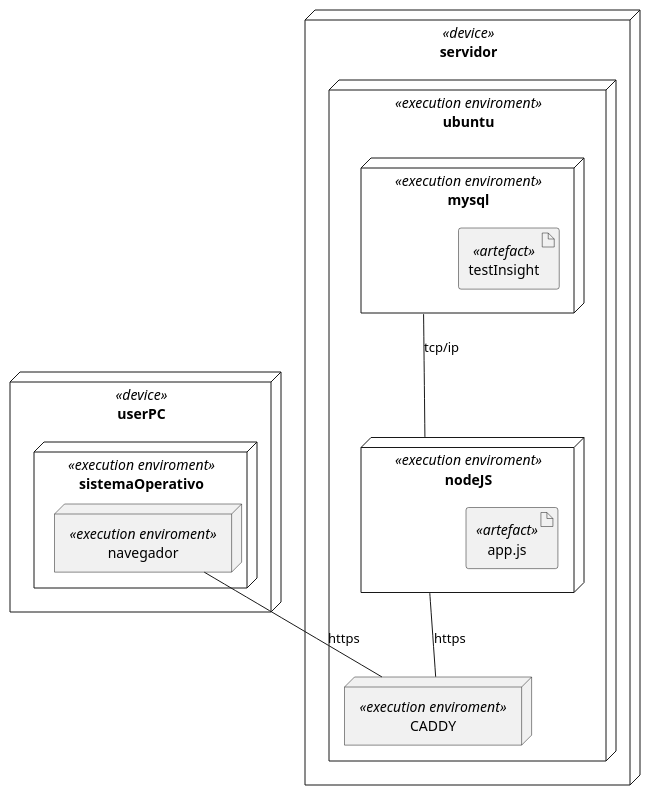
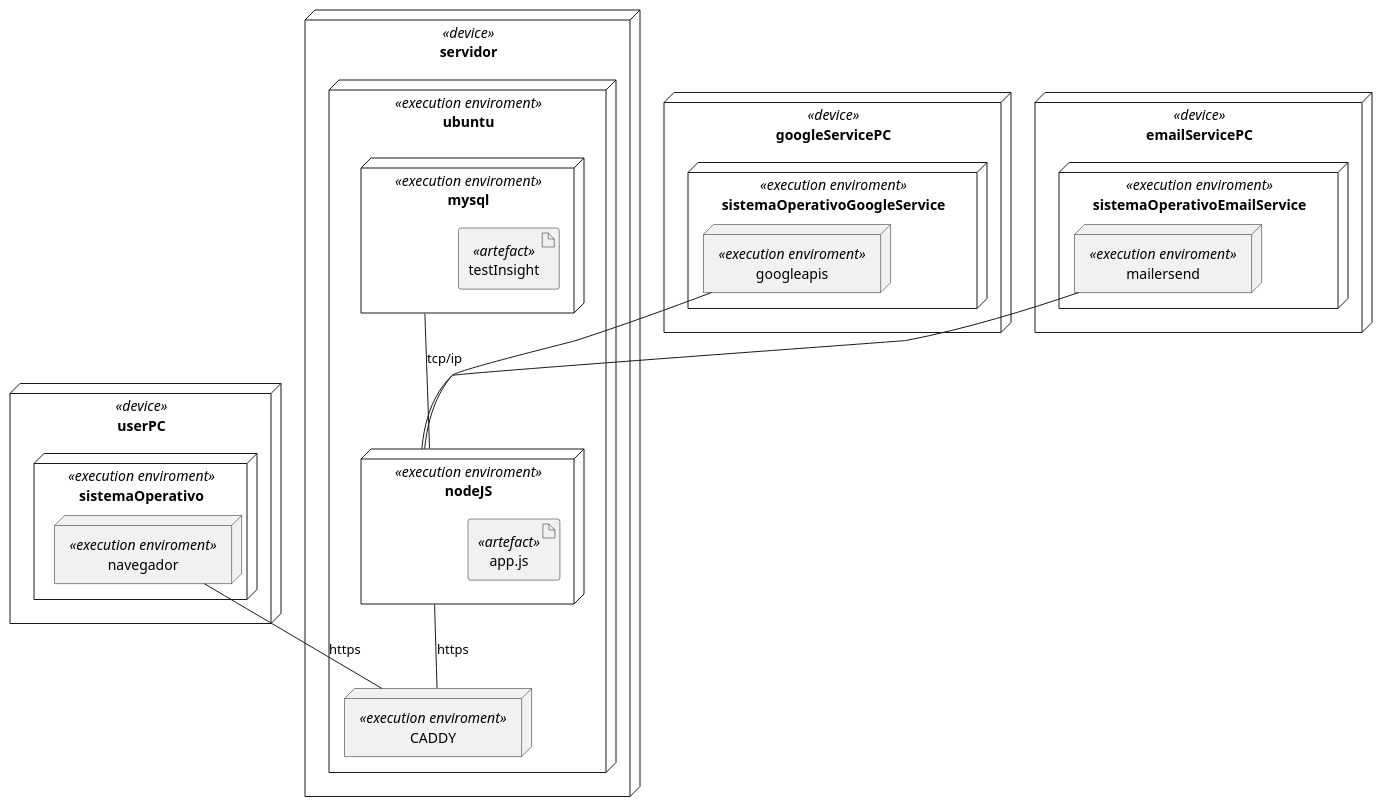
Before and after one commit to nicoleum17/TestInsightDX: the diagram in uml/despliegue.puml, drawn with PlantUML.

Commit message:
fix(diag despliegue): apis conections added

```diff
--- a/uml/despliegue.puml
+++ b/uml/despliegue.puml
@@ -1,27 +1,47 @@
 @startuml Diagrama de Despliegue
 
 node userPC <<device>>{
     node sistemaOperativo <<execution enviroment>>{
         node navegador <<execution enviroment>>{
-            
         }
     }
 }
 
 node servidor <<device>>{
     node ubuntu <<execution enviroment>>{
         node mysql <<execution enviroment>>{
             artifact testInsight <<artefact>>
         }
         node nodeJS <<execution enviroment>>{
             artifact app.js <<artefact>>
         }
         node CADDY <<execution enviroment>>
         mysql -- nodeJS: tcp/ip
         nodeJS -- CADDY: https
     }
 }
 
 navegador -- CADDY : https
 
+node googleServicePC <<device>>{
+    node sistemaOperativoGoogleService <<execution enviroment>>{
+        node googleapis <<execution enviroment>>{
+
+        }
+    }
+}
+
+googleapis -- nodeJS
+
+
+node emailServicePC <<device>>{
+    node sistemaOperativoEmailService <<execution enviroment>>{
+        node mailersend <<execution enviroment>>{
+
+        }
+    }
+}
+
+mailersend -- nodeJS
+
 @enduml
```
